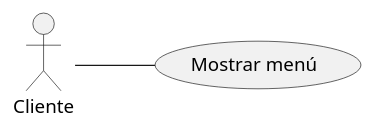
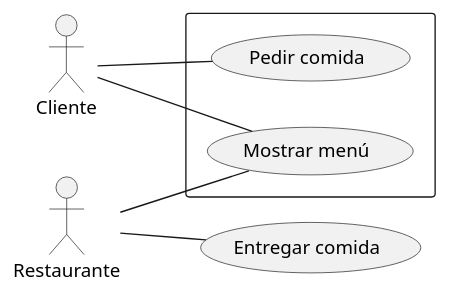
Before and after one commit to carniedom/EDEUD12_EJ1_CND: the diagram in UD12_EJ1_CND/CasosUsoEj1.puml, drawn with PlantUML.

Commit message:
Elemento Sistema

```diff
--- a/UD12_EJ1_CND/CasosUsoEj1.puml
+++ b/UD12_EJ1_CND/CasosUsoEj1.puml
@@ -1,6 +1,14 @@
 @startuml
 left to right direction
 actor :Cliente:
-usecase "Mostrar menú" as menu
+actor :Restaurante:
+rectangle {
+    usecase "Mostrar menú" as menu
+    usecase "Pedir comida" as pedido
+}
+usecase "Entregar comida" as entrega
 :Cliente: -- menu
+:Cliente: -- pedido
+:Restaurante: -- menu
+:Restaurante: -- entrega
 @enduml
```
